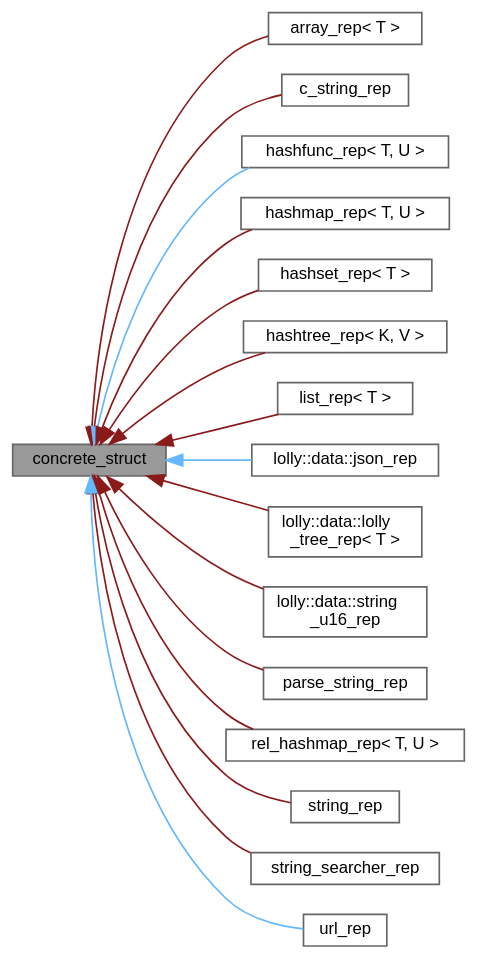
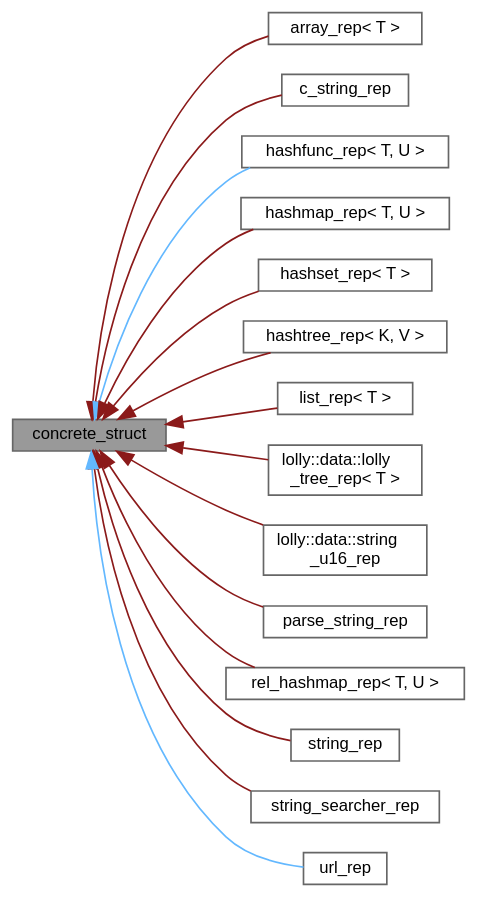
The diagram in structconcrete__struct__inherit__graph.dot (XmacsLabs/lolly), drawn with Graphviz before and after one commit. The commit also changed 1049 other files, not shown here.

```diff
--- a/structconcrete__struct__inherit__graph.dot
+++ b/structconcrete__struct__inherit__graph.dot
@@ -1,39 +1,37 @@
 digraph "concrete_struct"
 {
  // LATEX_PDF_SIZE
   bgcolor="transparent";
   edge [fontname=Helvetica,fontsize=10,labelfontname=Helvetica,labelfontsize=10];
   node [fontname=Helvetica,fontsize=10,shape=box,height=0.2,width=0.4];
   rankdir="LR";
   Node1 [id="Node000001",label="concrete_struct",height=0.2,width=0.4,color="gray40", fillcolor="grey60", style="filled", fontcolor="black",tooltip="Structure representing a concrete object with a reference count."];
   Node1 -> Node2 [id="edge1_Node000001_Node000002",dir="back",color="firebrick4",style="solid",tooltip=" "];
   Node2 [id="Node000002",label="array_rep\< T \>",height=0.2,width=0.4,color="gray40", fillcolor="white", style="filled",URL="$classarray__rep.html",tooltip="A concrete struct representing the implementation of an array."];
   Node1 -> Node3 [id="edge2_Node000001_Node000003",dir="back",color="firebrick4",style="solid",tooltip=" "];
   Node3 [id="Node000003",label="c_string_rep",height=0.2,width=0.4,color="gray40", fillcolor="white", style="filled",URL="$classc__string__rep.html",tooltip=" "];
   Node1 -> Node4 [id="edge3_Node000001_Node000004",dir="back",color="steelblue1",style="solid",tooltip=" "];
   Node4 [id="Node000004",label="hashfunc_rep\< T, U \>",height=0.2,width=0.4,color="gray40", fillcolor="white", style="filled",URL="$classhashfunc__rep.html",tooltip="A concrete implementation of a hash function for a given type."];
   Node1 -> Node5 [id="edge4_Node000001_Node000005",dir="back",color="firebrick4",style="solid",tooltip=" "];
   Node5 [id="Node000005",label="hashmap_rep\< T, U \>",height=0.2,width=0.4,color="gray40", fillcolor="white", style="filled",URL="$classhashmap__rep.html",tooltip=" "];
   Node1 -> Node6 [id="edge5_Node000001_Node000006",dir="back",color="firebrick4",style="solid",tooltip=" "];
   Node6 [id="Node000006",label="hashset_rep\< T \>",height=0.2,width=0.4,color="gray40", fillcolor="white", style="filled",URL="$classhashset__rep.html",tooltip="The hashset_rep class represents an entry in a hash set."];
   Node1 -> Node7 [id="edge6_Node000001_Node000007",dir="back",color="firebrick4",style="solid",tooltip=" "];
   Node7 [id="Node000007",label="hashtree_rep\< K, V \>",height=0.2,width=0.4,color="gray40", fillcolor="white", style="filled",URL="$classhashtree__rep.html",tooltip=" "];
   Node1 -> Node8 [id="edge7_Node000001_Node000008",dir="back",color="firebrick4",style="solid",tooltip=" "];
   Node8 [id="Node000008",label="list_rep\< T \>",height=0.2,width=0.4,color="gray40", fillcolor="white", style="filled",URL="$classlist__rep.html",tooltip="The list_rep class represents a node in a linked list."];
-  Node1 -> Node9 [id="edge8_Node000001_Node000009",dir="back",color="steelblue1",style="solid",tooltip=" "];
-  Node9 [id="Node000009",label="lolly::data::json_rep",height=0.2,width=0.4,color="gray40", fillcolor="white", style="filled",URL="$structlolly_1_1data_1_1json__rep.html",tooltip=" "];
+  Node1 -> Node9 [id="edge8_Node000001_Node000009",dir="back",color="firebrick4",style="solid",tooltip=" "];
+  Node9 [id="Node000009",label="lolly::data::lolly\l_tree_rep\< T \>",height=0.2,width=0.4,color="gray40", fillcolor="white", style="filled",URL="$classlolly_1_1data_1_1lolly__tree__rep.html",tooltip=" "];
   Node1 -> Node10 [id="edge9_Node000001_Node000010",dir="back",color="firebrick4",style="solid",tooltip=" "];
-  Node10 [id="Node000010",label="lolly::data::lolly\l_tree_rep\< T \>",height=0.2,width=0.4,color="gray40", fillcolor="white", style="filled",URL="$classlolly_1_1data_1_1lolly__tree__rep.html",tooltip=" "];
+  Node10 [id="Node000010",label="lolly::data::string\l_u16_rep",height=0.2,width=0.4,color="gray40", fillcolor="white", style="filled",URL="$classlolly_1_1data_1_1string__u16__rep.html",tooltip=" "];
   Node1 -> Node11 [id="edge10_Node000001_Node000011",dir="back",color="firebrick4",style="solid",tooltip=" "];
-  Node11 [id="Node000011",label="lolly::data::string\l_u16_rep",height=0.2,width=0.4,color="gray40", fillcolor="white", style="filled",URL="$classlolly_1_1data_1_1string__u16__rep.html",tooltip=" "];
+  Node11 [id="Node000011",label="parse_string_rep",height=0.2,width=0.4,color="gray40", fillcolor="white", style="filled",URL="$classparse__string__rep.html",tooltip=" "];
   Node1 -> Node12 [id="edge11_Node000001_Node000012",dir="back",color="firebrick4",style="solid",tooltip=" "];
-  Node12 [id="Node000012",label="parse_string_rep",height=0.2,width=0.4,color="gray40", fillcolor="white", style="filled",URL="$classparse__string__rep.html",tooltip=" "];
+  Node12 [id="Node000012",label="rel_hashmap_rep\< T, U \>",height=0.2,width=0.4,color="gray40", fillcolor="white", style="filled",URL="$classrel__hashmap__rep.html",tooltip=" "];
   Node1 -> Node13 [id="edge12_Node000001_Node000013",dir="back",color="firebrick4",style="solid",tooltip=" "];
-  Node13 [id="Node000013",label="rel_hashmap_rep\< T, U \>",height=0.2,width=0.4,color="gray40", fillcolor="white", style="filled",URL="$classrel__hashmap__rep.html",tooltip=" "];
+  Node13 [id="Node000013",label="string_rep",height=0.2,width=0.4,color="gray40", fillcolor="white", style="filled",URL="$classstring__rep.html",tooltip=" "];
   Node1 -> Node14 [id="edge13_Node000001_Node000014",dir="back",color="firebrick4",style="solid",tooltip=" "];
-  Node14 [id="Node000014",label="string_rep",height=0.2,width=0.4,color="gray40", fillcolor="white", style="filled",URL="$classstring__rep.html",tooltip=" "];
-  Node1 -> Node15 [id="edge14_Node000001_Node000015",dir="back",color="firebrick4",style="solid",tooltip=" "];
-  Node15 [id="Node000015",label="string_searcher_rep",height=0.2,width=0.4,color="gray40", fillcolor="white", style="filled",URL="$classstring__searcher__rep.html",tooltip=" "];
-  Node1 -> Node16 [id="edge15_Node000001_Node000016",dir="back",color="steelblue1",style="solid",tooltip=" "];
-  Node16 [id="Node000016",label="url_rep",height=0.2,width=0.4,color="gray40", fillcolor="white", style="filled",URL="$structurl__rep.html",tooltip=" "];
+  Node14 [id="Node000014",label="string_searcher_rep",height=0.2,width=0.4,color="gray40", fillcolor="white", style="filled",URL="$classstring__searcher__rep.html",tooltip=" "];
+  Node1 -> Node15 [id="edge14_Node000001_Node000015",dir="back",color="steelblue1",style="solid",tooltip=" "];
+  Node15 [id="Node000015",label="url_rep",height=0.2,width=0.4,color="gray40", fillcolor="white", style="filled",URL="$structurl__rep.html",tooltip=" "];
 }
```
